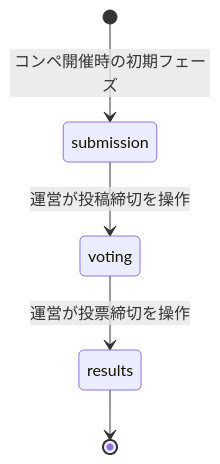
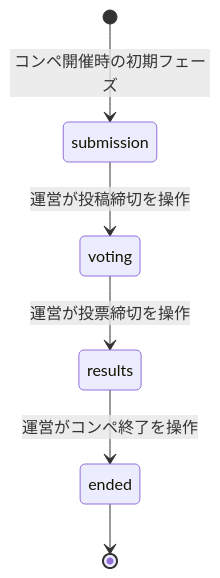
One commit to lewisia02/SwipeMatch changed the first of 2 diagrams in docs/glossary.md. Above: the diagram before and after it, drawn with Mermaid. The commit also changed other lines of this file and 48 other files, not shown here.

````diff
--- a/docs/glossary.md
+++ b/docs/glossary.md
@@ -394,7 +408,8 @@
 ```mermaid
 stateDiagram-v2
     [*] --> submission: コンペ開催時の初期フェーズ
     submission --> voting: 運営が投稿締切を操作
     voting --> results: 運営が投票締切を操作
-    results --> [*]
+    results --> ended: 運営がコンペ終了を操作
+    ended --> [*]
 ```
````
